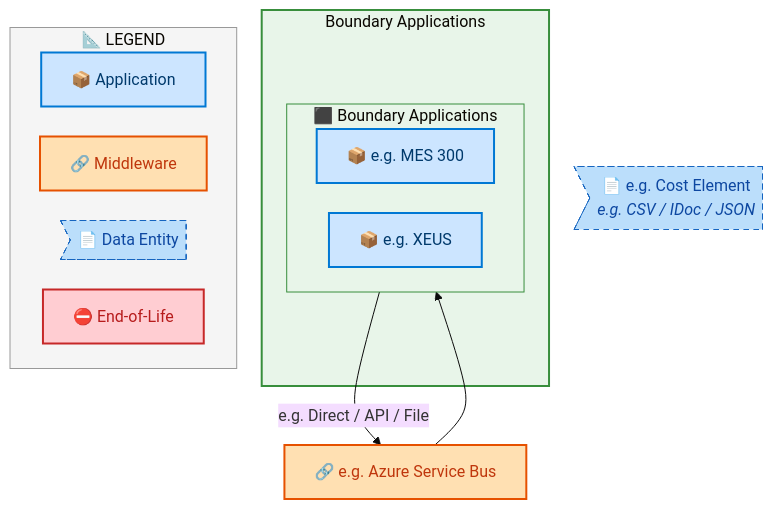
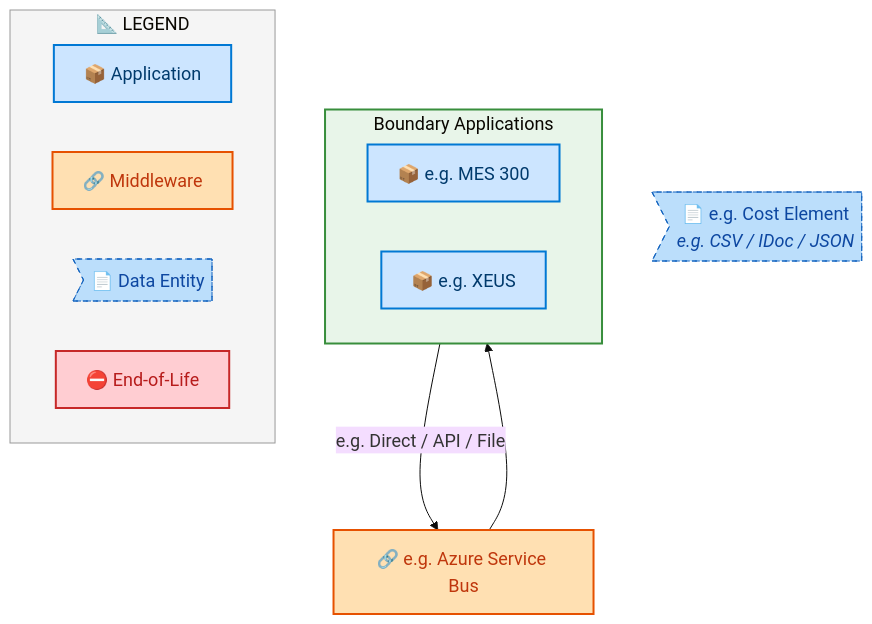
One commit to sajivfrancis777/IAO-Architecture changed the fifth of 7 diagrams in towers/E2E/Procure to Pay/E2E-123/output/docs/systems-architecture/E2E-123-Architecture.md. Above: the diagram before and after it, drawn with Mermaid. The commit also changed other lines of this file and 251 other files, not shown here.

````diff
--- a/towers/E2E/Procure to Pay/E2E-123/output/docs/systems-architecture/E2E-123-Architecture.md
+++ b/towers/E2E/Procure to Pay/E2E-123/output/docs/systems-architecture/E2E-123-Architecture.md
@@ -459,40 +456,37 @@
 ```mermaid
-%%{init: {"theme": "base", "securityLevel": "loose", "themeVariables": {"fontSize": "16px", "fontFamily": "Segoe UI, Arial, sans-serif"}, "flowchart": {"useMaxWidth": false, "htmlLabels": true, "nodeSpacing": 30, "rankSpacing": 35}} }%%
+%%{init: {"theme": "base", "securityLevel": "loose", "themeVariables": {"fontSize": "18px", "fontFamily": "Segoe UI, Arial, sans-serif"}, "flowchart": {"useMaxWidth": false, "htmlLabels": true, "nodeSpacing": 50, "rankSpacing": 60}} }%%
 flowchart TB
     %% -- ArchiMate 3.2 + Azure style classes --
     classDef business      fill:#FFFFB3,stroke:#F9A825,stroke-width:2px,color:#000
     classDef app           fill:#CCE5FF,stroke:#0078D4,stroke-width:2px,color:#003A6C
     classDef data          fill:#BBDEFB,stroke:#1565C0,stroke-width:1px,color:#0D47A1,stroke-dasharray: 5 5
     classDef middleware    fill:#FFE0B2,stroke:#E65100,stroke-width:2px,color:#BF360C
     classDef eol           fill:#FFCDD2,stroke:#C62828,stroke-width:2px,color:#B71C1C
     classDef saas          fill:#E1BEE7,stroke:#7B1FA2,stroke-width:2px,color:#4A148C
     classDef cloud         fill:#BBDEFB,stroke:#1565C0,stroke-width:2px,color:#0D47A1
     classDef onprem        fill:#C8E6C9,stroke:#2E7D32,stroke-width:2px,color:#1B5E20
 
-    subgraph E2E123FT_Boundary_Applications["Boundary Applications"]
-        subgraph E2E123FLN_Boundary_Applications[" ⬛ Boundary Applications"]
-            direction LR
-            E2E123F_e_g_MES_300["📦 e.g. MES 300"]:::app
-            E2E123F_e_g_XEUS["📦 e.g. XEUS"]:::app
-        end
+    subgraph E2E123FLN_Boundary_Applications[" Boundary Applications"]
+        direction LR
+        E2E123F_e_g_MES_300["📦 e.g. MES 300"]:::app
+        E2E123F_e_g_XEUS["📦 e.g. XEUS"]:::app
     end
 
     E2E123FMW_e_g_Azure_Service_Bus["🔗 e.g. Azure Service Bus"]:::middleware
     E2E123FDE_e_g_Cost_Element>"📄 e.g. Cost Element<br/><i>e.g. CSV / IDoc / JSON</i>"]:::data
 
     E2E123F_e_g_MES_300 -->|"e.g. Direct / API / File"| E2E123FMW_e_g_Azure_Service_Bus
     E2E123FMW_e_g_Azure_Service_Bus --> E2E123F_e_g_XEUS
 
 
-    style E2E123FT_Boundary_Applications fill:#E8F5E9,stroke:#388E3C,stroke-width:2px
-    style E2E123FLN_Boundary_Applications fill:#E8F5E9,stroke:#388E3C,stroke-width:1px
+    style E2E123FLN_Boundary_Applications fill:#E8F5E9,stroke:#388E3C,stroke-width:2px
 
     subgraph Legend["📐 LEGEND"]
         direction LR
         L_APP["📦 Application"]:::app
         L_MW["🔗 Middleware"]:::middleware
         L_DE>"📄 Data Entity"]:::data
         L_EOL["⛔ End-of-Life"]:::eol
     end
     style Legend fill:#F5F5F5,stroke:#999,stroke-width:1px
 ```
````
